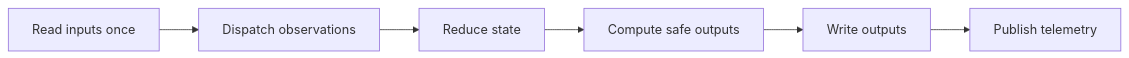
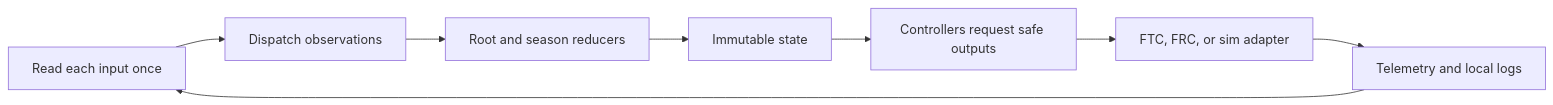
The diagram in content/learning/areslib-reference/areslib-fundamentals.md (ARES-23247/ARESWEB), drawn with Mermaid before and after one commit. The commit also changed other lines of this file and 8 other files, not shown here.

````diff
--- a/content/learning/areslib-reference/areslib-fundamentals.md
+++ b/content/learning/areslib-reference/areslib-fundamentals.md
@@ -37,9 +46,11 @@
 ```mermaid
-%% aria: Each robot frame reads hardware once, stores observations, reduces state, computes safe outputs, writes outputs, and publishes telemetry.
+%% aria: One robot loop reads devices once, updates Redux state, computes bounded requests, writes through a platform adapter, and publishes evidence.
 flowchart LR
-  A["Read inputs once"] --> B["Dispatch observations"]
-  B --> C["Reduce state"]
-  C --> D["Compute safe outputs"]
-  D --> E["Write outputs"]
-  E --> F["Publish telemetry"]
+  A["Read each input once"] --> B["Dispatch observations"]
+  B --> C["Root and season reducers"]
+  C --> D["Immutable state"]
+  D --> E["Controllers request safe outputs"]
+  E --> F["FTC, FRC, or sim adapter"]
+  F --> G["Telemetry and local logs"]
+  G --> A
 ```
````
